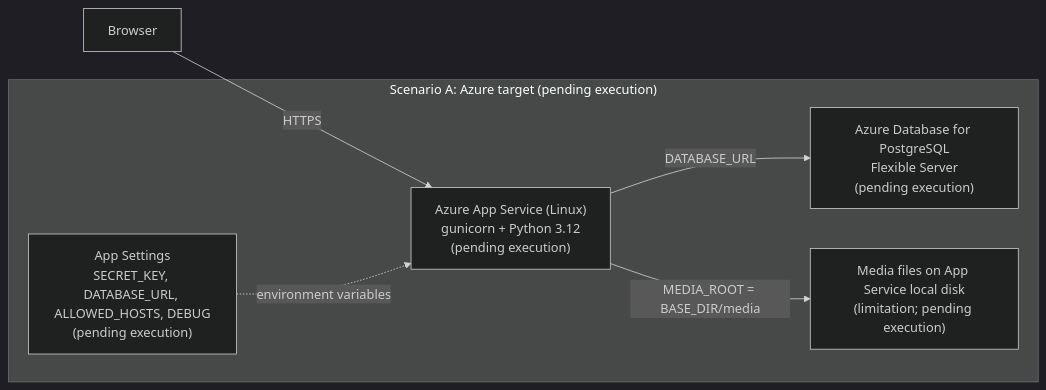
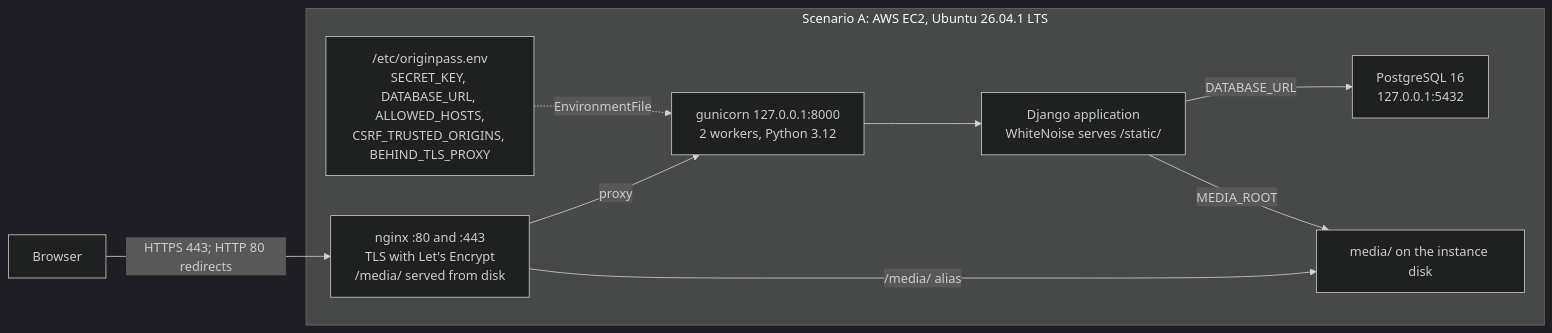
The first of 4 diagrams in docs/d4/diagramas.md (Pacha-e/OriginPass), drawn with Mermaid (dark theme) before and after one commit. The commit also changed other lines of this file and 8 other files, not shown here.

````diff
--- a/docs/d4/diagramas.md
+++ b/docs/d4/diagramas.md
@@ -9,14 +9,19 @@
 ```mermaid
 flowchart LR
     NAV["Browser"]
-    subgraph AZ["Scenario A: Azure target (pending execution)"]
-        APP["Azure App Service (Linux)<br/>gunicorn + Python 3.12<br/>(pending execution)"]
-        SET["App Settings<br/>SECRET_KEY, DATABASE_URL, ALLOWED_HOSTS, DEBUG<br/>(pending execution)"]
-        PG["Azure Database for PostgreSQL<br/>Flexible Server<br/>(pending execution)"]
-        MED["Media files on App Service local disk<br/>(limitation; pending execution)"]
+    subgraph EC2["Scenario A: AWS EC2, Ubuntu 26.04.1 LTS"]
+        NG["nginx :80 and :443<br/>TLS with Let's Encrypt<br/>/media/ served from disk"]
+        GU["gunicorn 127.0.0.1:8000<br/>2 workers, Python 3.12"]
+        APP["Django application<br/>WhiteNoise serves /static/"]
+        PG["PostgreSQL 16<br/>127.0.0.1:5432"]
+        MED["media/ on the instance disk"]
+        ENV["/etc/originpass.env<br/>SECRET_KEY, DATABASE_URL, ALLOWED_HOSTS,<br/>CSRF_TRUSTED_ORIGINS, BEHIND_TLS_PROXY"]
     end
-    NAV -->|"HTTPS"| APP
-    SET -.->|"environment variables"| APP
+    NAV -->|"HTTPS 443; HTTP 80 redirects"| NG
+    NG -->|"proxy"| GU
+    NG -->|"/media/ alias"| MED
+    GU --> APP
+    ENV -.->|"EnvironmentFile"| GU
     APP -->|"DATABASE_URL"| PG
-    APP -->|"MEDIA_ROOT = BASE_DIR/media"| MED
+    APP -->|"MEDIA_ROOT"| MED
 ```
````
